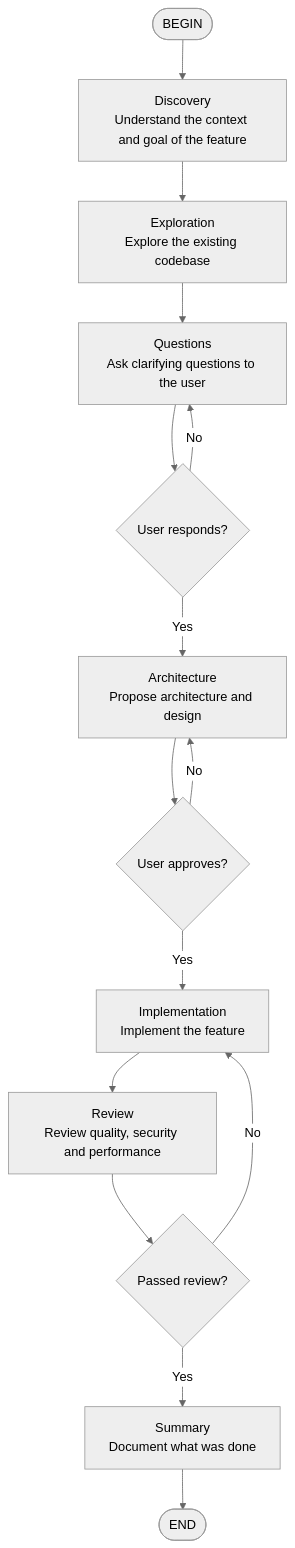
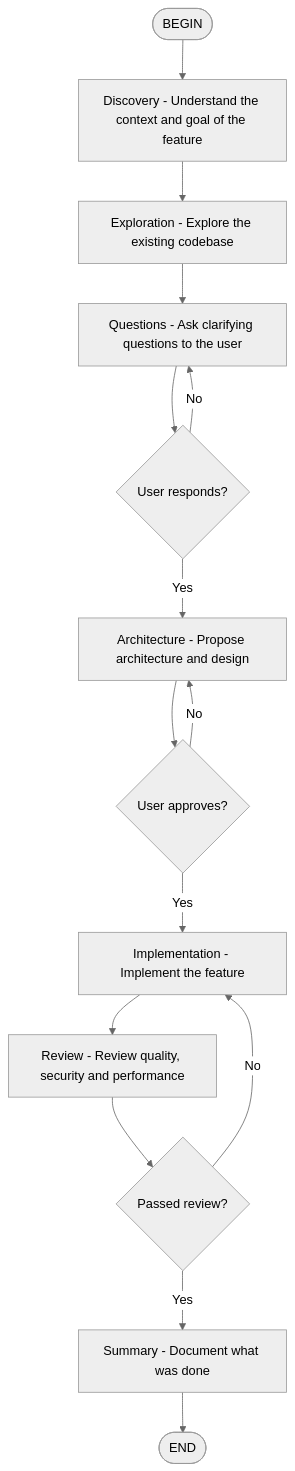
One commit to eduardoabreu81/everything-kimi-code changed the diagram in skills/feature-dev/SKILL.md. Above: the diagram before and after it, drawn with Mermaid (neutral theme). The commit also changed 10 other files, not shown here.

````diff
--- a/skills/feature-dev/SKILL.md
+++ b/skills/feature-dev/SKILL.md
@@ -11,17 +11,17 @@
 ```mermaid
 flowchart TD
-    A([BEGIN]) --> B[Discovery<br/>Understand the context and goal of the feature]
-    B --> C[Exploration<br/>Explore the existing codebase]
-    C --> D[Questions<br/>Ask clarifying questions to the user]
+    A([BEGIN]) --> B[Discovery - Understand the context and goal of the feature]
+    B --> C[Exploration - Explore the existing codebase]
+    C --> D[Questions - Ask clarifying questions to the user]
     D --> E{User responds?}
-    E -->|Yes| F[Architecture<br/>Propose architecture and design]
+    E -->|Yes| F[Architecture - Propose architecture and design]
     E -->|No| D
     F --> G{User approves?}
-    G -->|Yes| H[Implementation<br/>Implement the feature]
+    G -->|Yes| H[Implementation - Implement the feature]
     G -->|No| F
-    H --> I[Review<br/>Review quality, security and performance]
+    H --> I[Review - Review quality, security and performance]
     I --> J{Passed review?}
     J -->|No| H
-    J -->|Yes| K[Summary<br/>Document what was done]
+    J -->|Yes| K[Summary - Document what was done]
     K --> L([END])
 ```
````
